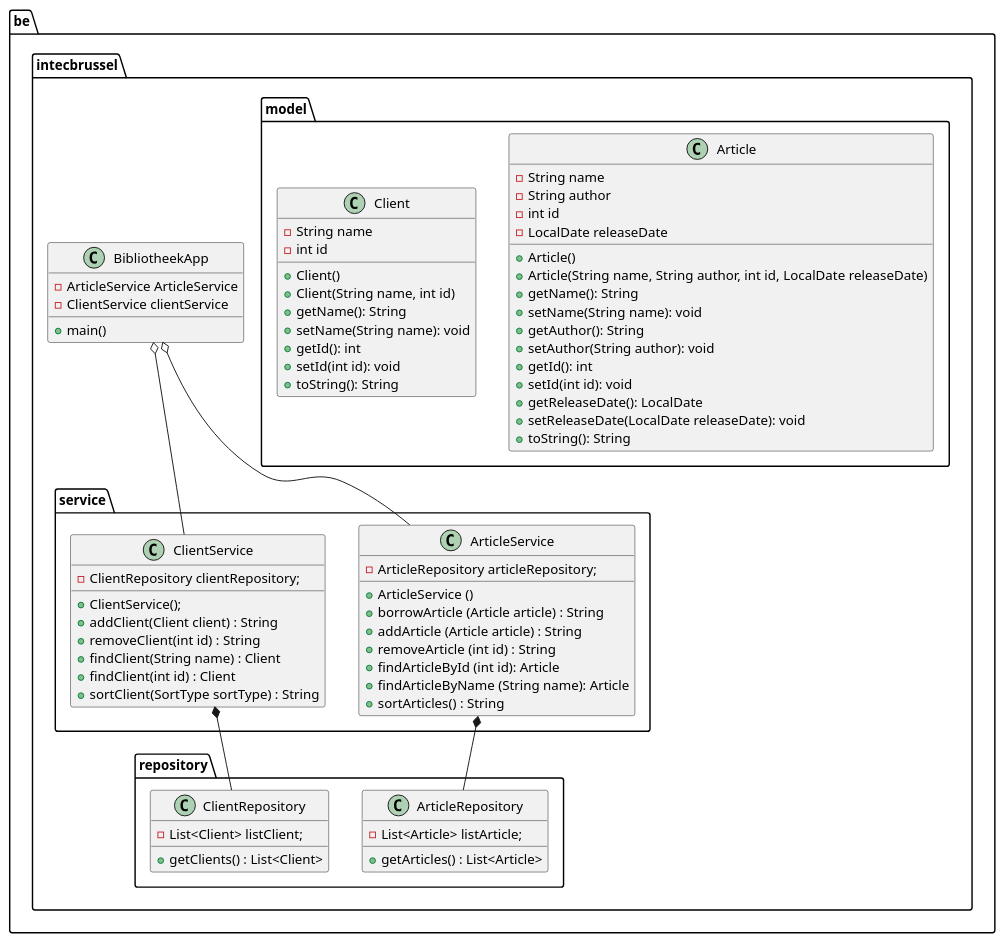
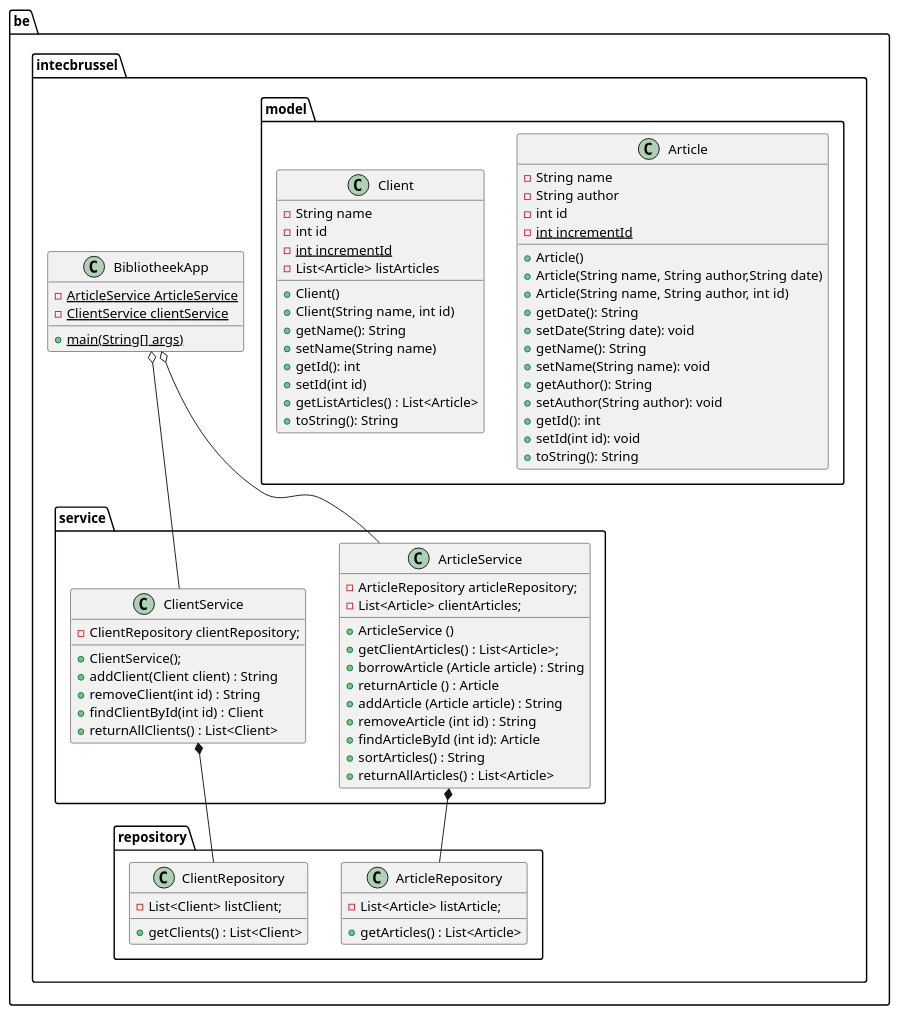
One commit to RaphaelZintec/Bibliotheek changed the diagram in analysis/classUML.puml. Above: the diagram before and after it, drawn with PlantUML. The commit also changed 29 other files, not shown here.

```diff
--- a/analysis/classUML.puml
+++ b/analysis/classUML.puml
@@ -1,83 +1,89 @@
 @startuml
 
 package be.intecbrussel {
     package model {
         class Article {
         - String name
         - String author
         - int id
-        - LocalDate releaseDate
+        {static}-int incrementId
         + Article()
-        + Article(String name, String author, int id, LocalDate releaseDate)
+        + Article(String name, String author,String date)
+        + Article(String name, String author, int id)
+        + getDate(): String
+        + setDate(String date): void
         + getName(): String
         + setName(String name): void
         + getAuthor(): String
         + setAuthor(String author): void
         + getId(): int
         + setId(int id): void
-        + getReleaseDate(): LocalDate
-        + setReleaseDate(LocalDate releaseDate): void
         + toString(): String
         }
 
         class Client {
         - String name
         - int id
+        {static}-int incrementId
+        -List<Article> listArticles
         + Client()
         + Client(String name, int id)
         + getName(): String
-        + setName(String name): void
+        + setName(String name)
         + getId(): int
-        + setId(int id): void
+        + setId(int id)
+        + getListArticles() : List<Article>
         + toString(): String
         }
     }
 
     package repository {
         class ArticleRepository {
         -List<Article> listArticle;
         +getArticles() : List<Article>
         }
 
         class ClientRepository {
         -List<Client> listClient;
         +getClients() : List<Client>
         }
     }
 
     package service {
         class ClientService {
         -ClientRepository clientRepository;
         +ClientService();
         +addClient(Client client) : String
         +removeClient(int id) : String
-        +findClient(String name) : Client
-        +findClient(int id) : Client
-        +sortClient(SortType sortType) : String
+        +findClientById(int id) : Client
+        + returnAllClients() : List<Client>
         }
 
         class ArticleService {
         - ArticleRepository articleRepository;
+        - List<Article> clientArticles;
         + ArticleService ()
+        + getClientArticles() : List<Article>;
         + borrowArticle (Article article) : String
+        + returnArticle () : Article
         + addArticle (Article article) : String
         + removeArticle (int id) : String
         + findArticleById (int id): Article
-        + findArticleByName (String name): Article
         + sortArticles() : String
+        + returnAllArticles() : List<Article>
         }
     }
 
     class BibliotheekApp {
-        -ArticleService ArticleService
-        -ClientService clientService
-        +main()
+        {static}-ArticleService ArticleService
+        {static}-ClientService clientService
+        {static}+main(String[] args)
 
     }
 
     ArticleService *-- ArticleRepository
     ClientService *-- ClientRepository
     BibliotheekApp o-- ArticleService
     BibliotheekApp o-- ClientService
 }
 @enduml
```
